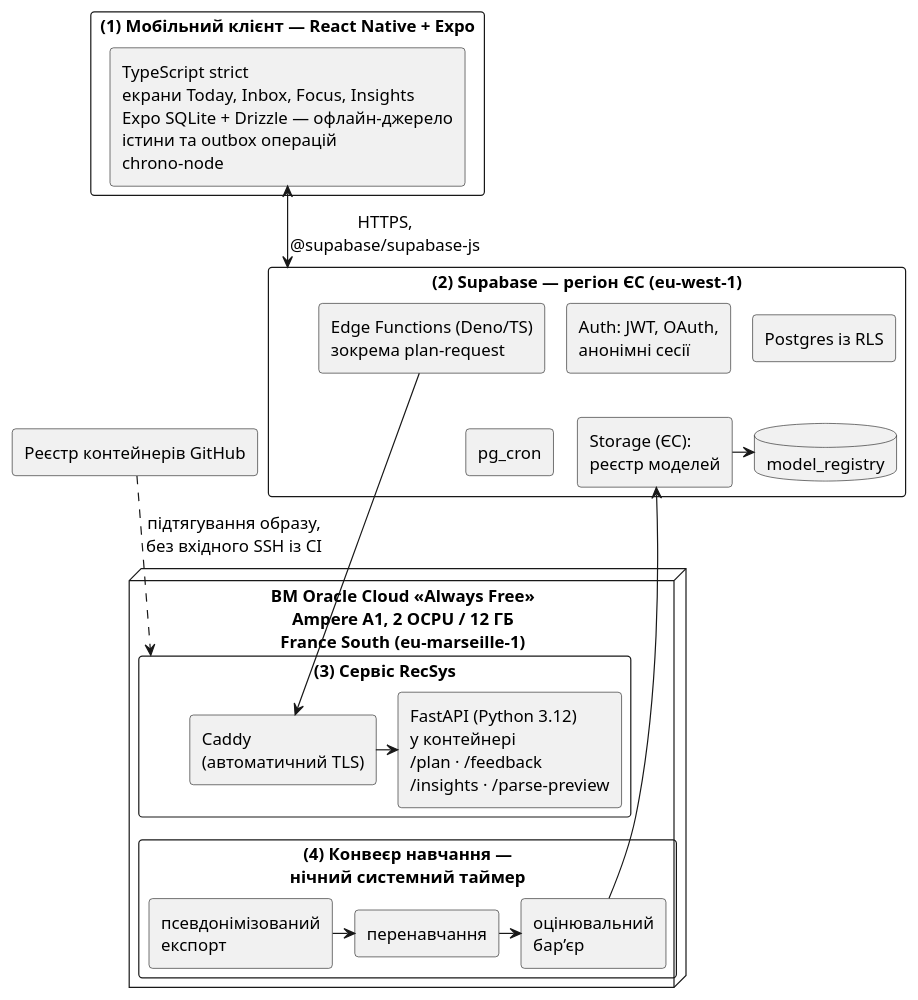
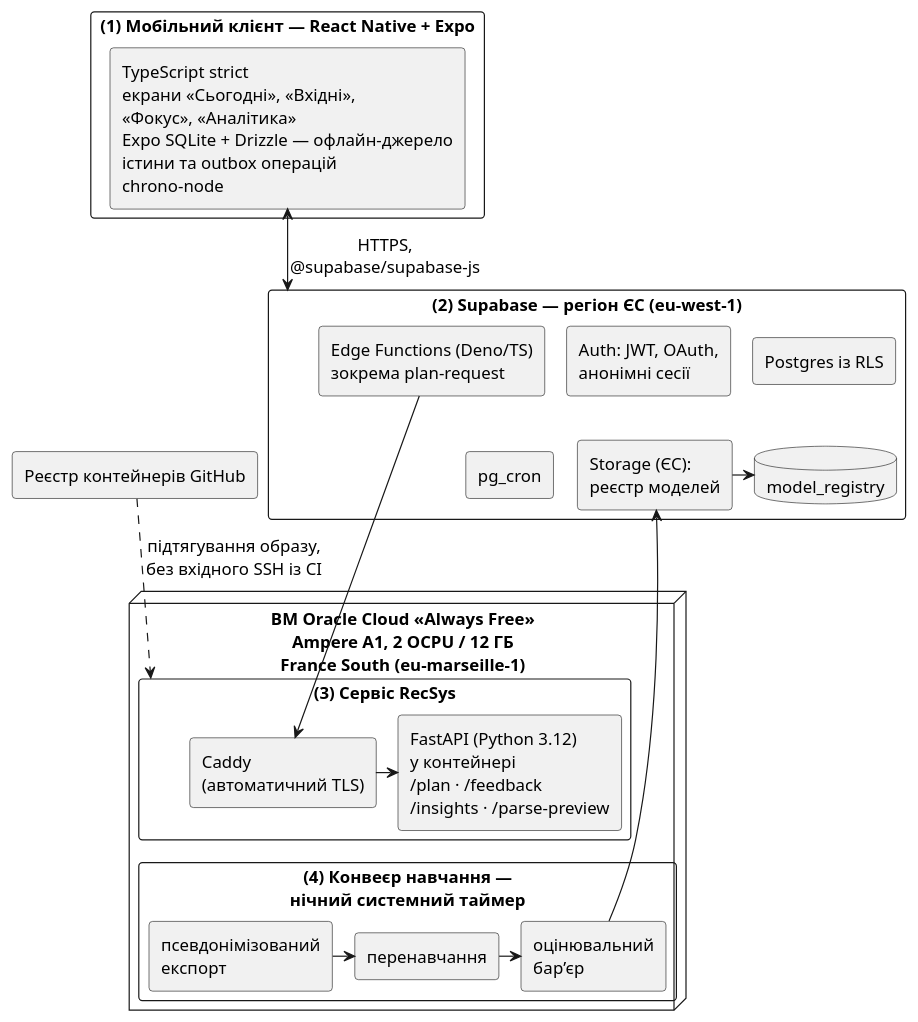
One commit to IKala4I/magister_work changed the diagram in docs/thesis/text/diagrams/3-1-architecture.puml. Above: the diagram before and after it, drawn with PlantUML. The commit also changed 7 other files, not shown here.

```diff
--- a/docs/thesis/text/diagrams/3-1-architecture.puml
+++ b/docs/thesis/text/diagrams/3-1-architecture.puml
@@ -1,61 +1,61 @@
 @startuml
 ' Рисунок 3.1 — Загальна архітектура системи Hourwell.
 ' Джерело: текст плейсхолдера рисунка 3.1 у full.md (підрозділ 3.2) — чотири рівні, їхній склад і
 ' стрілки взято звідти; нічого поза ним. Стрілка plan-request → /plan без підпису: ім’я функції
 ' стоїть у блоці Edge Functions, /plan — у блоці FastAPI. Рівні (3) і (4) — на одній ВМ, як і сказано в тексті,
 ' тому намальовані в одній рамці ВМ. PlantUML, а не Mermaid: розкладка Mermaid не дає вмістити
 ' рисунок на сторінку з підписами не менше 8 пт (стрілку «конвеєр → Storage» вона веде в обхід).
 !pragma layout smetana
 skinparam defaultFontSize 14
 skinparam defaultFontName Arial
 skinparam monochrome true
 skinparam shadowing false
 skinparam rectangle {
   RoundCorner 6
 }
 skinparam nodesep 18
 skinparam ranksep 34
 top to bottom direction
 
 rectangle "(1) Мобільний клієнт — React Native + Expo" as L1 {
-  rectangle "TypeScript strict\nекрани Today, Inbox, Focus, Insights\nExpo SQLite + Drizzle — офлайн-джерело\nістини та outbox операцій\nchrono-node" as C
+  rectangle "TypeScript strict\nекрани «Сьогодні», «Вхідні»,\n«Фокус», «Аналітика»\nExpo SQLite + Drizzle — офлайн-джерело\nістини та outbox операцій\nchrono-node" as C
 }
 
 rectangle "(2) Supabase — регіон ЄС (eu-west-1)" as L2 {
   rectangle "Postgres із RLS" as S1
   rectangle "Auth: JWT, OAuth,\nанонімні сесії" as S2
   rectangle "Edge Functions (Deno/TS)\nзокрема plan-request" as S3
   rectangle "pg_cron" as S4
   rectangle "Storage (ЄС):\nреєстр моделей" as S5
   database "model_registry" as S6
 }
 
 node "ВМ Oracle Cloud «Always Free»\nAmpere A1, 2 OCPU / 12 ГБ\nFrance South (eu-marseille-1)" as VM {
   rectangle "(3) Сервіс RecSys" as L3 {
     rectangle "Caddy\n(автоматичний TLS)" as R0
     rectangle "FastAPI (Python 3.12)\nу контейнері\n/plan · /feedback\n/insights · /parse-preview" as R1
   }
   rectangle "(4) Конвеєр навчання —\nнічний системний таймер" as L4 {
     rectangle "псевдонімізований\nекспорт" as T1
     rectangle "перенавчання" as T2
     rectangle "оцінювальний\nбар’єр" as T3
   }
 }
 
 rectangle "Реєстр контейнерів GitHub" as GH
 
 C <-down-> L2 : HTTPS,\n@supabase/supabase-js
 S3 -down-> R0
 R0 -right-> R1
 T1 -right-> T2
 T2 -right-> T3
 T3 -up-> S5
 S5 -right-> S6
 ' розкладка (лише невидимі зв'язки): Supabase у два ряди, RecSys над конвеєром навчання, ВМ під Supabase
 S1 -[hidden]down- S5
 S2 -[hidden]down- S4
 R0 -[hidden]down- T1
 S4 -[hidden]down- R1
 S4 -[hidden]right- GH
 GH .down.> L3 : підтягування образу,\nбез вхідного SSH із CI
 @enduml
```
